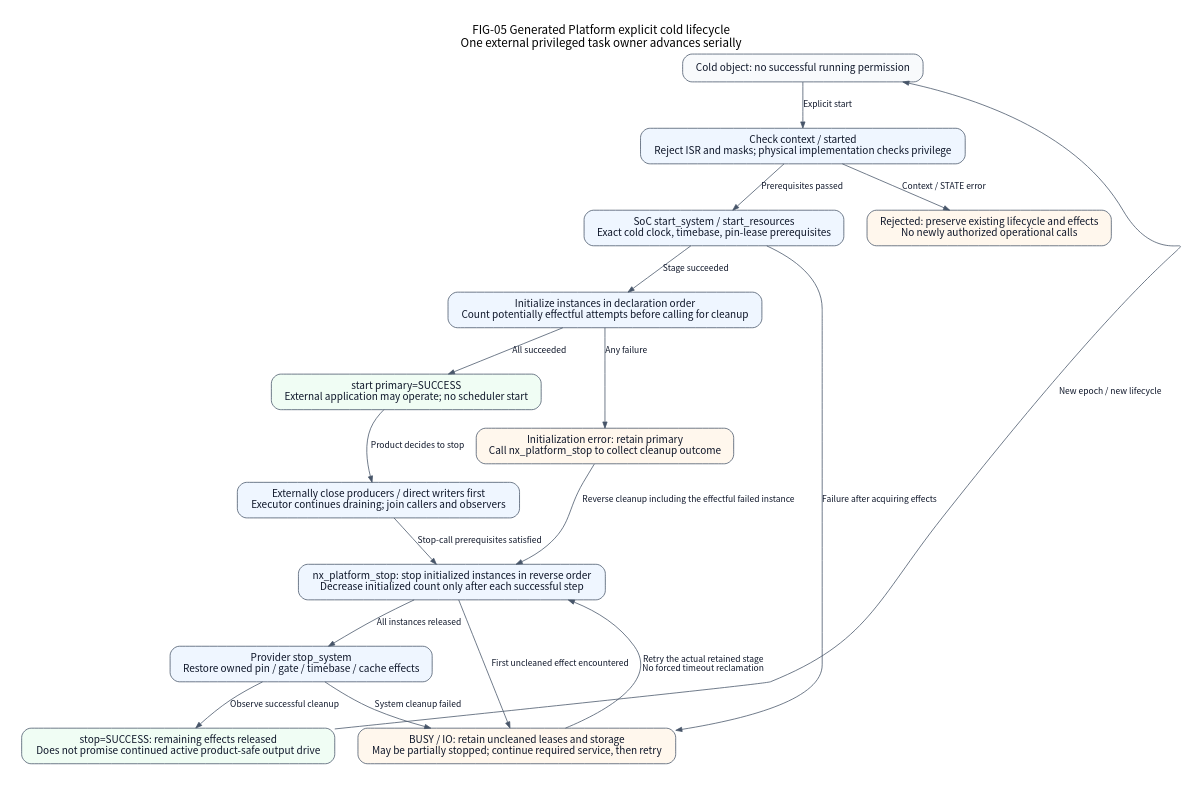
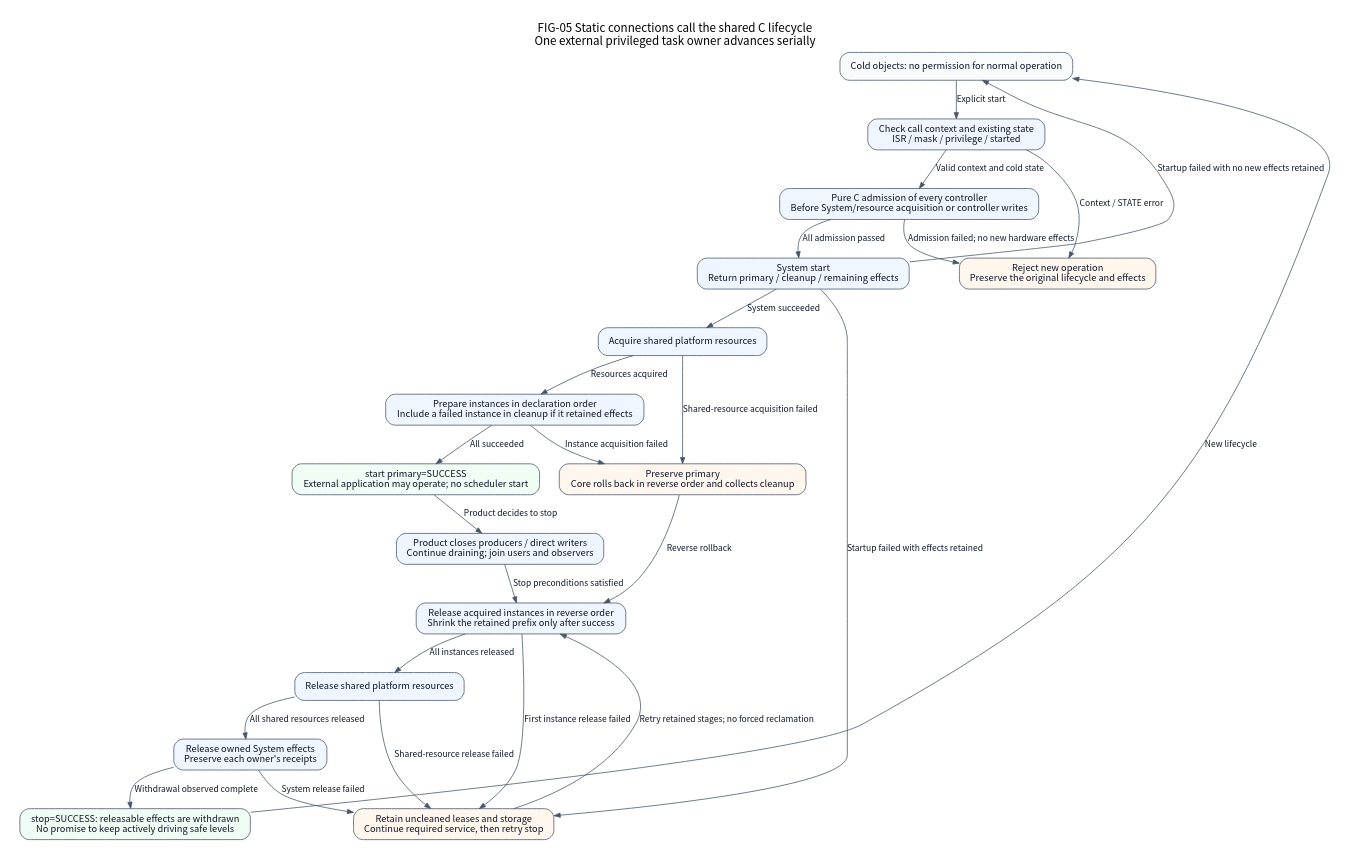
Before and after one commit to X-Gen-Lab/nexus: the diagram in docs/assets/diagrams/localized/en/platform-lifecycle.dot, drawn with Graphviz. The commit also changed 614 other files, not shown here.

```diff
--- a/docs/assets/diagrams/localized/en/platform-lifecycle.dot
+++ b/docs/assets/diagrams/localized/en/platform-lifecycle.dot
@@ -1,43 +1,45 @@
-// FIG-05 current: source-backed, scoped engineering view.
-// Code basis: 0111c8d3b9c7b37d258b9c401070305b13b6f3a1.
-// Relations and qualification limits are documented in README.md.
+// Current scoped view. Build-time arrows and runtime calls are labeled explicitly.
+// Code basis: core/private/platform_lifecycle_impl.h; tools/configure/bindings.py; soc/stm32/stm32f4/private/stm32f4_platform_lifecycle_impl.h
 digraph PlatformLifecycle {
-    graph [newrank=true, rankdir=TB, bgcolor="white", pad=0.28, nodesep=0.42,
-           ranksep=0.66, fontname="Noto Sans CJK SC", fontsize=15,
-           labelloc=t];
-    node [shape=box, style="rounded,filled", fillcolor="#eff6ff",
-          color="#475569", fontcolor="#0f172a", fontname="Noto Sans CJK SC",
-          fontsize=13, margin="0.18,0.12"];
-    edge [color="#475569", fontcolor="#0f172a",
-          fontname="Noto Sans CJK SC", fontsize=11, arrowsize=0.8];
-
-    graph [label="FIG-05 Generated Platform explicit cold lifecycle\nOne external privileged task owner advances serially"];
-    cold [label="Cold object: no successful running permission", fillcolor="#f8fafc"];
-    context [label="Check context / started\nReject ISR and masks; physical implementation checks privilege"];
-    system [label="SoC start_system / start_resources\nExact cold clock, timebase, pin-lease prerequisites"];
-    instances [label="Initialize instances in declaration order\nCount potentially effectful attempts before calling for cleanup"];
+    graph [label="FIG-05 Static connections call the shared C lifecycle\nOne external privileged task owner advances serially", rankdir=TB, bgcolor="white", pad=0.25, nodesep=0.35, ranksep=0.52, fontname="Noto Sans CJK SC", fontsize=15, labelloc=t];
+    node [shape=box, style="rounded,filled", fillcolor="#eff6ff", color="#475569", fontcolor="#0f172a", fontname="Noto Sans CJK SC", fontsize=12, margin="0.16,0.10"];
+    edge [color="#475569", fontcolor="#0f172a", fontname="Noto Sans CJK SC", fontsize=11, arrowsize=0.8];
+    cold [label="Cold objects: no permission for normal operation", fillcolor="#f8fafc"];
+    context [label="Check call context and existing state\nISR / mask / privilege / started"];
+    admit [label="Pure C admission of every controller\nBefore System/resource acquisition or controller writes"];
+    system [label="System start\nReturn primary / cleanup / remaining effects"];
+    resources [label="Acquire shared platform resources"];
+    instances [label="Prepare instances in declaration order\nInclude a failed instance in cleanup if it retained effects"];
     running [label="start primary=SUCCESS\nExternal application may operate; no scheduler start", fillcolor="#f0fdf4"];
-    quiesce [label="Externally close producers / direct writers first\nExecutor continues draining; join callers and observers"];
-    reverse [label="nx_platform_stop: stop initialized instances in reverse order\nDecrease initialized count only after each successful step"];
-    withdraw [label="Provider stop_system\nRestore owned pin / gate / timebase / cache effects"];
-    released [label="stop=SUCCESS: remaining effects released\nDoes not promise continued active product-safe output drive", fillcolor="#f0fdf4"];
-    primary [label="Initialization error: retain primary\nCall nx_platform_stop to collect cleanup outcome", fillcolor="#fff7ed"];
-    retained [label="BUSY / IO: retain uncleaned leases and storage\nMay be partially stopped; continue required service, then retry", fillcolor="#fff7ed"];
+    quiesce [label="Product closes producers / direct writers\nContinue draining; join users and observers"];
+    reverse [label="Release acquired instances in reverse order\nShrink the retained prefix only after success"];
+    releaseResources [label="Release shared platform resources"];
+    releaseSystem [label="Release owned System effects\nPreserve each owner's receipts"];
+    released [label="stop=SUCCESS: releasable effects are withdrawn\nNo promise to keep actively driving safe levels", fillcolor="#f0fdf4"];
+    primary [label="Preserve primary\nCore rolls back in reverse order and collects cleanup", fillcolor="#fff7ed"];
+    retained [label="Retain uncleaned leases and storage\nContinue required service, then retry stop", fillcolor="#fff7ed"];
+    rejected [label="Reject new operation\nPreserve the original lifecycle and effects", fillcolor="#fff7ed"];
     cold -> context [label="Explicit start"];
-    rejected [label="Rejected: preserve existing lifecycle and effects\nNo newly authorized operational calls", fillcolor="#fff7ed"];
     context -> rejected [label="Context / STATE error"];
-    context -> system [label="Prerequisites passed"];
-    system -> instances [label="Stage succeeded"];
-    system -> retained [label="Failure after acquiring effects"];
+    context -> admit [label="Valid context and cold state"];
+    admit -> rejected [label="Admission failed; no new hardware effects"];
+    admit -> system [label="All admission passed"];
+    system -> resources [label="System succeeded"];
+    system -> retained [label="Startup failed with effects retained"];
+    system -> cold [label="Startup failed with no new effects retained", constraint=false];
+    resources -> instances [label="Resources acquired"];
+    resources -> primary [label="Shared-resource acquisition failed"];
     instances -> running [label="All succeeded"];
-    instances -> primary [label="Any failure"];
-    primary -> reverse [label="Reverse cleanup including the effectful failed instance"];
+    instances -> primary [label="Instance acquisition failed"];
+    primary -> reverse [label="Reverse rollback"];
     running -> quiesce [label="Product decides to stop"];
-    quiesce -> reverse [label="Stop-call prerequisites satisfied"];
-    reverse -> withdraw [label="All instances released"];
-    reverse -> retained [label="First uncleaned effect encountered"];
-    withdraw -> released [label="Observe successful cleanup"];
-    withdraw -> retained [label="System cleanup failed"];
-    retained -> reverse [label="Retry the actual retained stage\nNo forced timeout reclamation", constraint=false];
-    released -> cold [label="New epoch / new lifecycle", constraint=false];
+    quiesce -> reverse [label="Stop preconditions satisfied"];
+    reverse -> releaseResources [label="All instances released"];
+    releaseResources -> releaseSystem [label="All shared resources released"];
+    releaseSystem -> released [label="Withdrawal observed complete"];
+    reverse -> retained [label="First instance release failed"];
+    releaseResources -> retained [label="Shared-resource release failed"];
+    releaseSystem -> retained [label="System release failed"];
+    retained -> reverse [label="Retry retained stages; no forced reclamation", constraint=false];
+    released -> cold [label="New lifecycle", constraint=false];
 }
```
